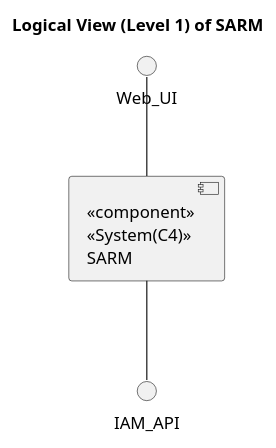
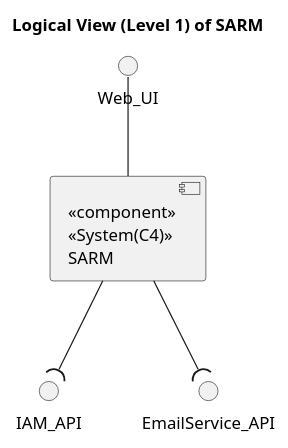
The diagram in Docs/SprintA/global_artifacts/level1/logicalView.puml (Saquinho74/LAPR5), drawn with PlantUML before and after one commit. The commit also changed 4 other files, not shown here.

```diff
--- a/Docs/SprintA/global_artifacts/level1/logicalView.puml
+++ b/Docs/SprintA/global_artifacts/level1/logicalView.puml
@@ -1,9 +1,10 @@
 @startuml
 
 title "Logical View (Level 1) of SARM"
 
 
-  IAM_API -up- [<<component>>\n<<System(C4)>>\nSARM]
+  IAM_API )-up- [<<component>>\n<<System(C4)>>\nSARM]
   Web_UI -down- [<<component>>\n<<System(C4)>>\nSARM]
+  EmailService_API )-up- [<<component>>\n<<System(C4)>>\nSARM]
 
 @enduml
```
